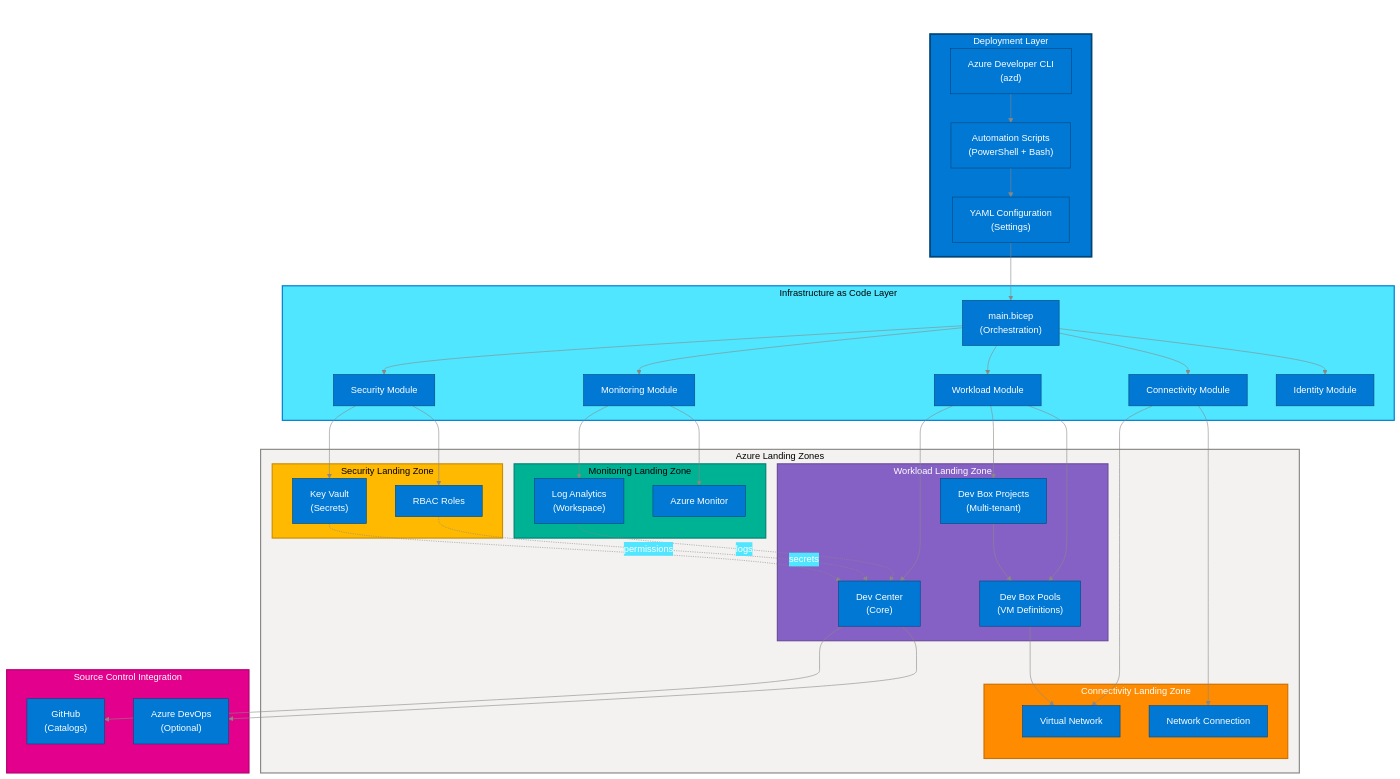
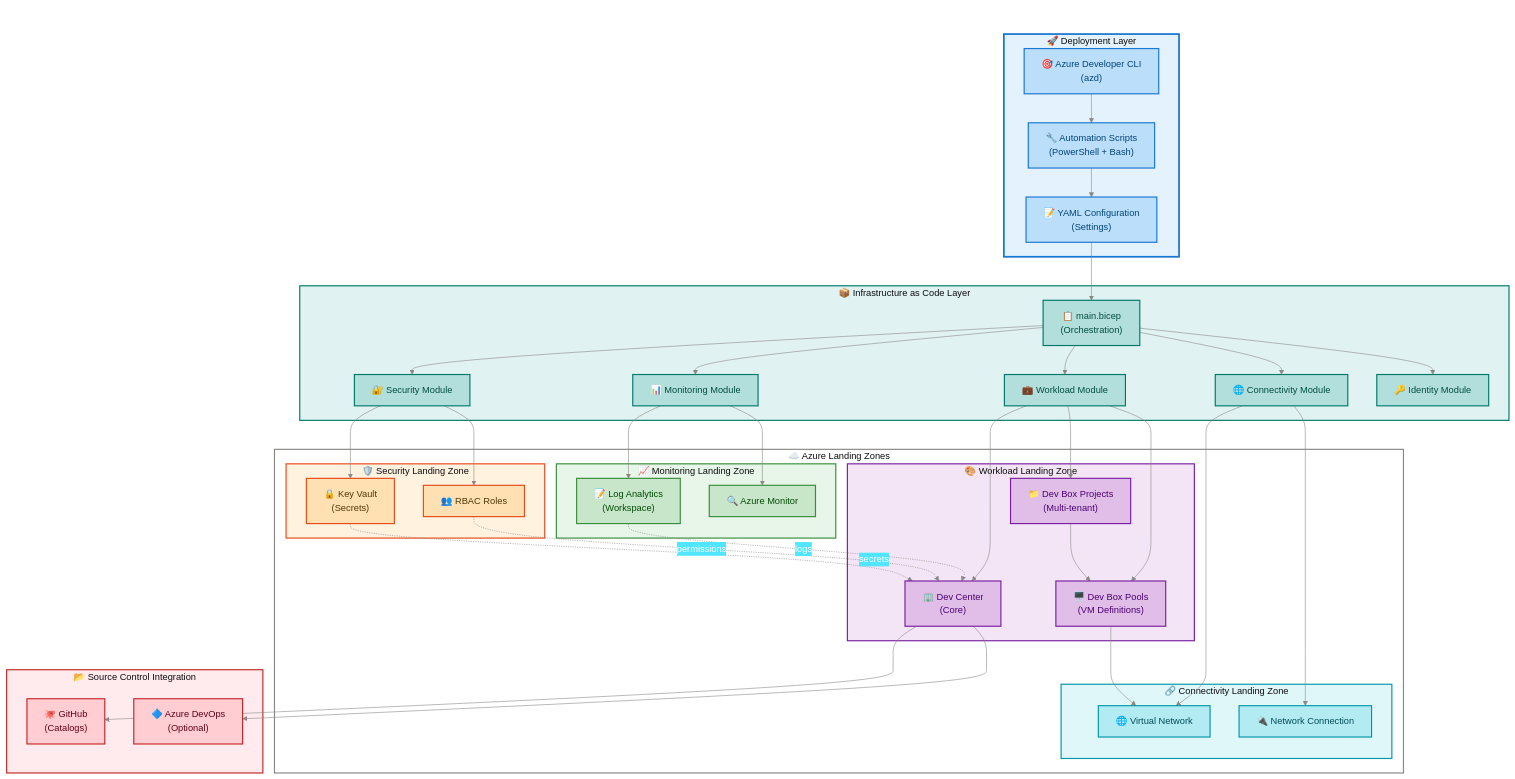
The diagram in README.md (Evilazaro/DevExp-DevBox), drawn with Mermaid before and after one commit. The commit also changed other lines of this file, not shown here.

Commit message:
Implement feature X to enhance user experience and fix bug Y in module Z

````diff
--- a/README.md
+++ b/README.md
@@ -47,47 +76,50 @@
     tertiaryColor: "#F3F2F1"
 ---
 flowchart TB
-    subgraph deployment["Deployment Layer"]
-        azd["Azure Developer CLI<br/>(azd)"]
-        scripts["Automation Scripts<br/>(PowerShell + Bash)"]
-        config["YAML Configuration<br/>(Settings)"]
+    accTitle: Azure Dev Box Deployment Architecture
+    accDescr: Enterprise-grade infrastructure deployment showing Azure Landing Zone layers with deployment orchestration, IaC modules, security, monitoring, workload, connectivity, and source control integration
+
+    subgraph deployment["🚀 Deployment Layer"]
+        azd["🎯 Azure Developer CLI<br/>(azd)"]:::azureBlue
+        scripts["🔧 Automation Scripts<br/>(PowerShell + Bash)"]:::azureBlue
+        config["📝 YAML Configuration<br/>(Settings)"]:::azureBlue
     end
 
-    subgraph iac["Infrastructure as Code Layer"]
-        main["main.bicep<br/>(Orchestration)"]
-        security["Security Module"]
-        monitoring["Monitoring Module"]
-        workload["Workload Module"]
-        connectivity["Connectivity Module"]
-        identity["Identity Module"]
+    subgraph iac["📦 Infrastructure as Code Layer"]
+        main["📋 main.bicep<br/>(Orchestration)"]:::azureTeal
+        security["🔐 Security Module"]:::azureTeal
+        monitoring["📊 Monitoring Module"]:::azureTeal
+        workload["💼 Workload Module"]:::azureTeal
+        connectivity["🌐 Connectivity Module"]:::azureTeal
+        identity["🔑 Identity Module"]:::azureTeal
     end
 
-    subgraph azure["Azure Landing Zones"]
-        subgraph securityLZ["Security Landing Zone"]
-            kv["Key Vault<br/>(Secrets)"]
-            rbac["RBAC Roles"]
+    subgraph azure["☁️ Azure Landing Zones"]
+        subgraph securityLZ["🛡️ Security Landing Zone"]
+            kv["🔒 Key Vault<br/>(Secrets)"]:::warningOrange
+            rbac["👥 RBAC Roles"]:::warningOrange
         end
 
-        subgraph monitoringLZ["Monitoring Landing Zone"]
-            la["Log Analytics<br/>(Workspace)"]
-            monitor["Azure Monitor"]
+        subgraph monitoringLZ["📈 Monitoring Landing Zone"]
+            la["📝 Log Analytics<br/>(Workspace)"]:::successGreen
+            monitor["🔍 Azure Monitor"]:::successGreen
         end
 
-        subgraph workloadLZ["Workload Landing Zone"]
-            dc["Dev Center<br/>(Core)"]
-            projects["Dev Box Projects<br/>(Multi-tenant)"]
-            pools["Dev Box Pools<br/>(VM Definitions)"]
+        subgraph workloadLZ["🎨 Workload Landing Zone"]
+            dc["🏢 Dev Center<br/>(Core)"]:::azurePurple
+            projects["📁 Dev Box Projects<br/>(Multi-tenant)"]:::azurePurple
+            pools["🖥️ Dev Box Pools<br/>(VM Definitions)"]:::azurePurple
         end
 
-        subgraph connectivityLZ["Connectivity Landing Zone"]
-            vnet["Virtual Network"]
-            nc["Network Connection"]
+        subgraph connectivityLZ["🔗 Connectivity Landing Zone"]
+            vnet["🌐 Virtual Network"]:::azureCyan
+            nc["🔌 Network Connection"]:::azureCyan
         end
     end
 
-    subgraph sourceControl["Source Control Integration"]
-        gh["GitHub<br/>(Catalogs)"]
-        ado["Azure DevOps<br/>(Optional)"]
+    subgraph sourceControl["📂 Source Control Integration"]
+        gh["🐙 GitHub<br/>(Catalogs)"]:::criticalRed
+        ado["🔷 Azure DevOps<br/>(Optional)"]:::criticalRed
     end
 
     azd --> scripts
@@ -117,12 +149,26 @@
     la -.logs.-> dc
     rbac -.permissions.-> dc
 
-    style deployment fill:#0078D4,stroke:#004578,stroke-width:3px,color:#fff
-    style iac fill:#50E6FF,stroke:#0078D4,stroke-width:2px,color:#000
-    style azure fill:#F3F2F1,stroke:#8A8886,stroke-width:2px,color:#000
-    style securityLZ fill:#FFB900,stroke:#CA8F00,stroke-width:2px,color:#000
-    style monitoringLZ fill:#00B294,stroke:#008272,stroke-width:2px,color:#000
-    style workloadLZ fill:#8661C5,stroke:#6B4C9A,stroke-width:2px,color:#fff
-    style connectivityLZ fill:#FF8C00,stroke:#CC7000,stroke-width:2px,color:#fff
-    style sourceControl fill:#E3008C,stroke:#B30070,stroke-width:2px,color:#fff
+    %% AZURE / FLUENT ARCHITECTURE PATTERN v1.1 (Semantic + Font Governance)
+    %% Color Scheme: Semantic colors for functional layers
+    %% Blue (#BBDEFB) → Deployment/orchestration | Teal (#B2DFDB) → IaC modules
+    %% Orange (#FFE0B2) → Security | Green (#C8E6C9) → Monitoring
+    %% Purple (#E1BEE7) → Workload | Cyan (#B2EBF2) → Connectivity | Red (#FFCDD2) → Source Control
+
+    classDef azureBlue fill:#BBDEFB,stroke:#1976D2,stroke-width:2px,color:#004578
+    classDef azureTeal fill:#B2DFDB,stroke:#00796B,stroke-width:2px,color:#004D40
+    classDef warningOrange fill:#FFE0B2,stroke:#E64A19,stroke-width:2px,color:#4D3806
+    classDef successGreen fill:#C8E6C9,stroke:#388E3C,stroke-width:2px,color:#004B04
+    classDef azurePurple fill:#E1BEE7,stroke:#7B1FA2,stroke-width:2px,color:#4A0072
+    classDef azureCyan fill:#B2EBF2,stroke:#0097A7,stroke-width:2px,color:#004D56
+    classDef criticalRed fill:#FFCDD2,stroke:#C62828,stroke-width:2px,color:#5F0016
+
+    style deployment fill:#E3F2FD,stroke:#1976D2,stroke-width:3px
+    style iac fill:#E0F2F1,stroke:#00796B,stroke-width:2px
+    style azure fill:#FFFFFF,stroke:#8A8886,stroke-width:2px
+    style securityLZ fill:#FFF3E0,stroke:#E64A19,stroke-width:2px
+    style monitoringLZ fill:#E8F5E9,stroke:#388E3C,stroke-width:2px
+    style workloadLZ fill:#F3E5F5,stroke:#7B1FA2,stroke-width:2px
+    style connectivityLZ fill:#E0F7FA,stroke:#0097A7,stroke-width:2px
+    style sourceControl fill:#FFEBEE,stroke:#C62828,stroke-width:2px
 ```
````
